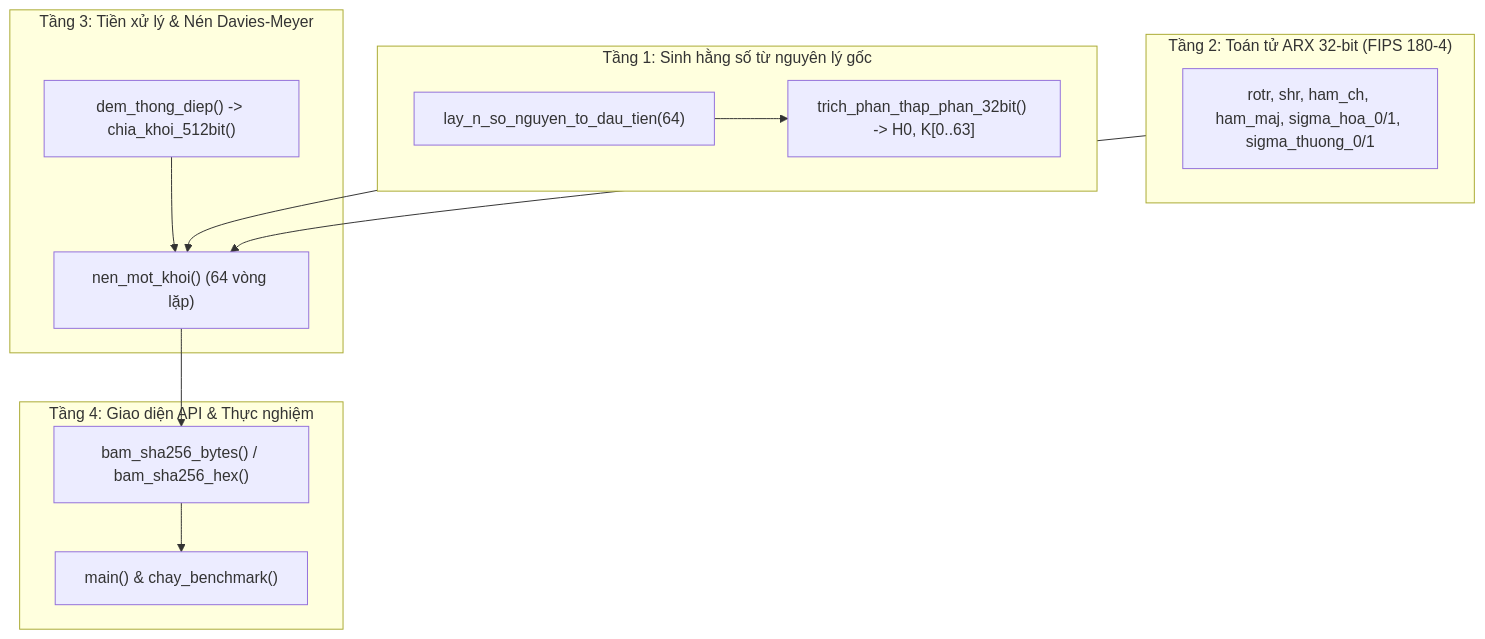
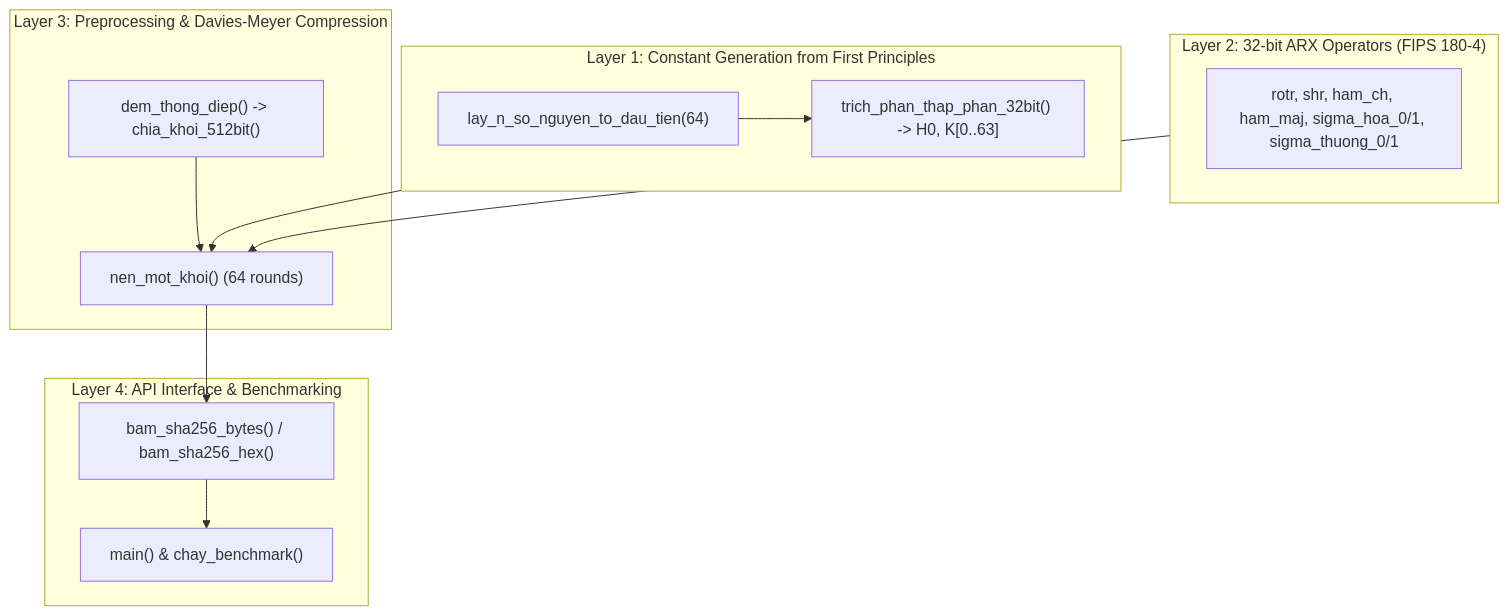
Before and after one commit to thuann2212/IS-TEXT-: the second of 2 diagrams in docs/bao_cao_sha256.md, drawn with Mermaid. The commit also changed other lines of this file and 5 other files, not shown here.

````diff
--- a/docs/bao_cao_sha256.md
+++ b/docs/bao_cao_sha256.md
@@ -251,18 +251,18 @@
 ```mermaid
 flowchart TD
-    subgraph L1["Tầng 1: Sinh hằng số từ nguyên lý gốc"]
+    subgraph L1["Layer 1: Constant Generation from First Principles"]
         P["lay_n_so_nguyen_to_dau_tien(64)"] --> C["trich_phan_thap_phan_32bit() -> H0, K[0..63]"]
     end
-    subgraph L2["Tầng 2: Toán tử ARX 32-bit (FIPS 180-4)"]
+    subgraph L2["Layer 2: 32-bit ARX Operators (FIPS 180-4)"]
         OP["rotr, shr, ham_ch, ham_maj, sigma_hoa_0/1, sigma_thuong_0/1"]
     end
-    subgraph L3["Tầng 3: Tiền xử lý & Nén Davies-Meyer"]
-        PAD["dem_thong_diep() -> chia_khoi_512bit()"] --> COMP["nen_mot_khoi() (64 vòng lặp)"]
+    subgraph L3["Layer 3: Preprocessing & Davies-Meyer Compression"]
+        PAD["dem_thong_diep() -> chia_khoi_512bit()"] --> COMP["nen_mot_khoi() (64 rounds)"]
     end
-    subgraph L4["Tầng 4: Giao diện API & Thực nghiệm"]
+    subgraph L4["Layer 4: API Interface & Benchmarking"]
         API["bam_sha256_bytes() / bam_sha256_hex()"] --> BENCH["main() & chay_benchmark()"]
     end
     L1 --> COMP
     L2 --> COMP
     COMP --> API
 ```
````
